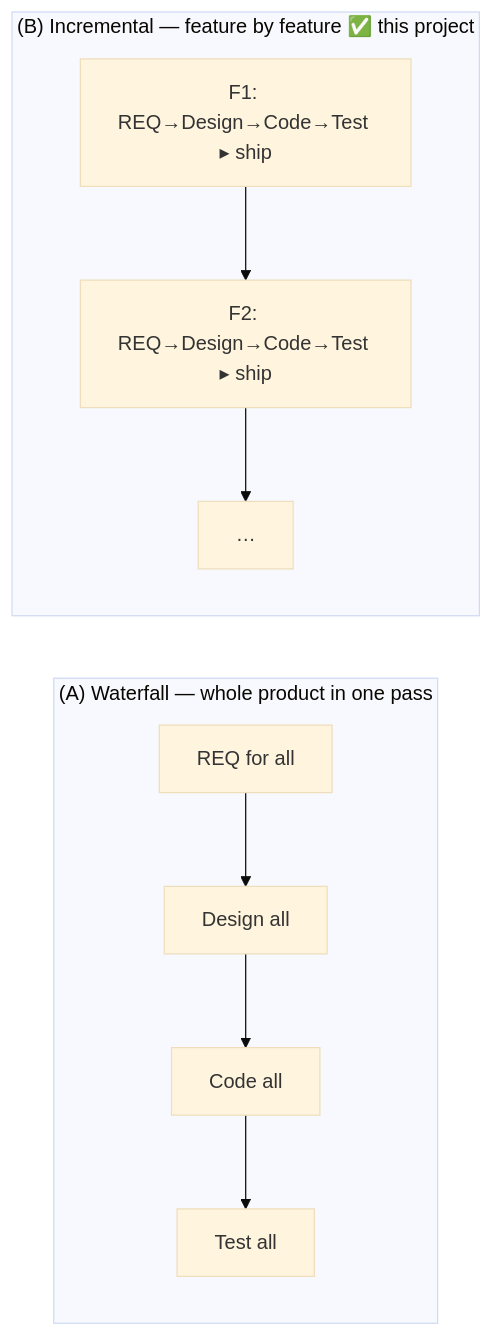
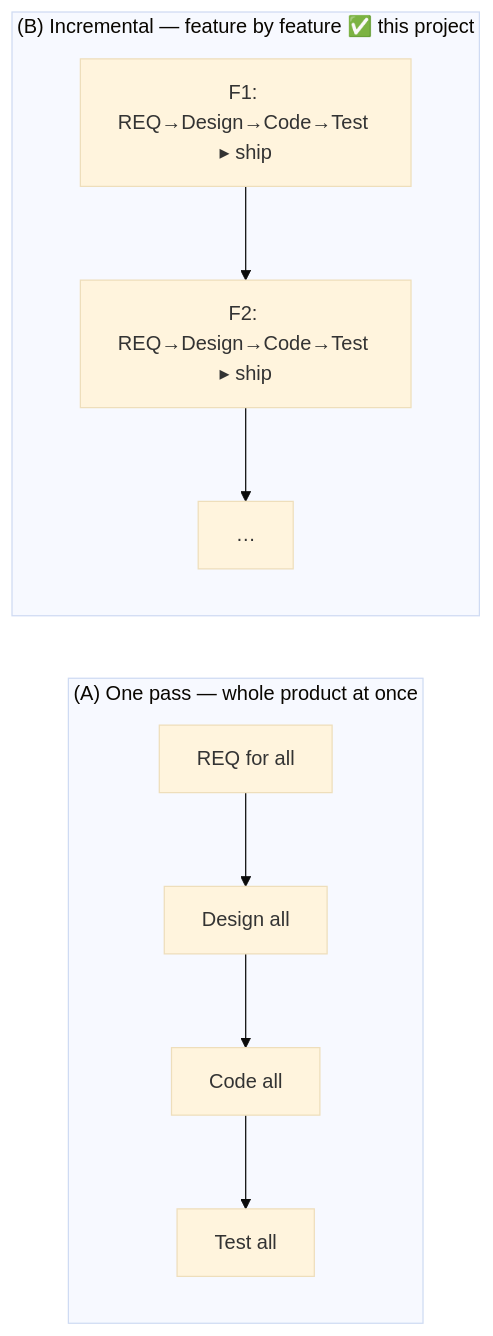
One commit to hanh9898/waterfall-bmad-method changed the third of 3 diagrams in docs/en/explanation/why-incremental-tdd.md. Above: the diagram before and after it, drawn with Mermaid (base theme). The commit also changed other lines of this file and 20 other files, not shown here.

````diff
--- a/docs/en/explanation/why-incremental-tdd.md
+++ b/docs/en/explanation/why-incremental-tdd.md
@@ -90,9 +90,9 @@
 ```mermaid
 flowchart LR
-    subgraph A["(A) Waterfall — whole product in one pass"]
+    subgraph A["(A) One pass — whole product at once"]
         a1[REQ for all] --> a2[Design all] --> a3[Code all] --> a4[Test all]
     end
     subgraph B["(B) Incremental — feature by feature ✅ this project"]
         b1["F1: REQ→Design→Code→Test ▸ ship"] --> b2["F2: REQ→Design→Code→Test ▸ ship"] --> b3["…"]
     end
 ```
````
